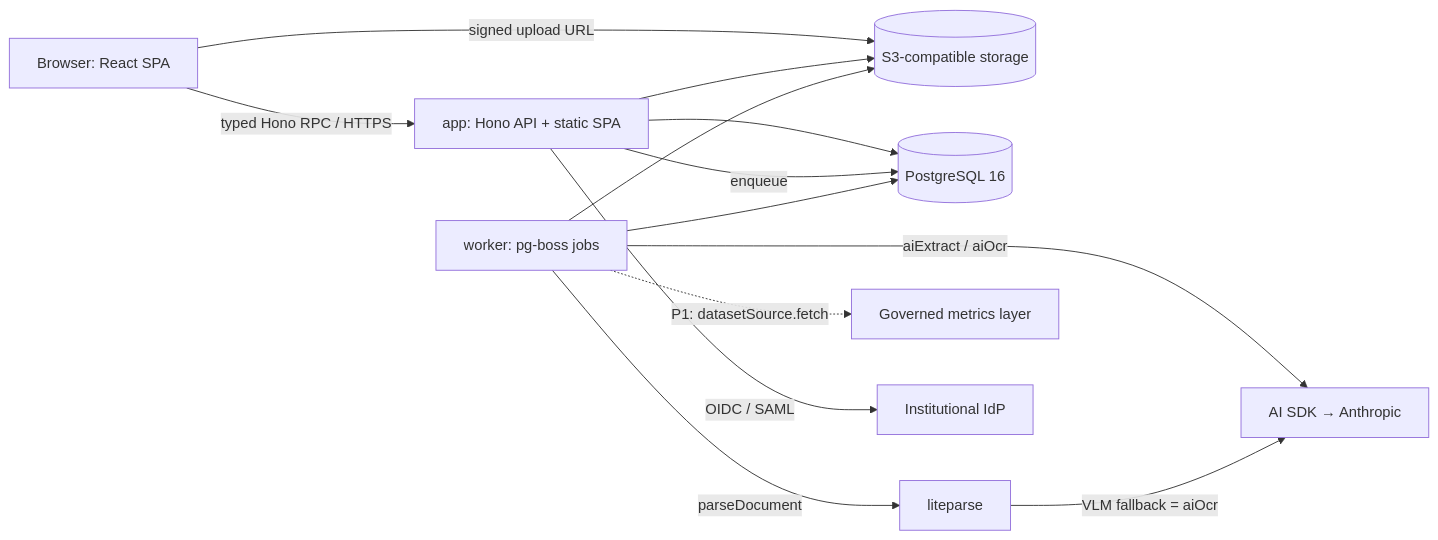
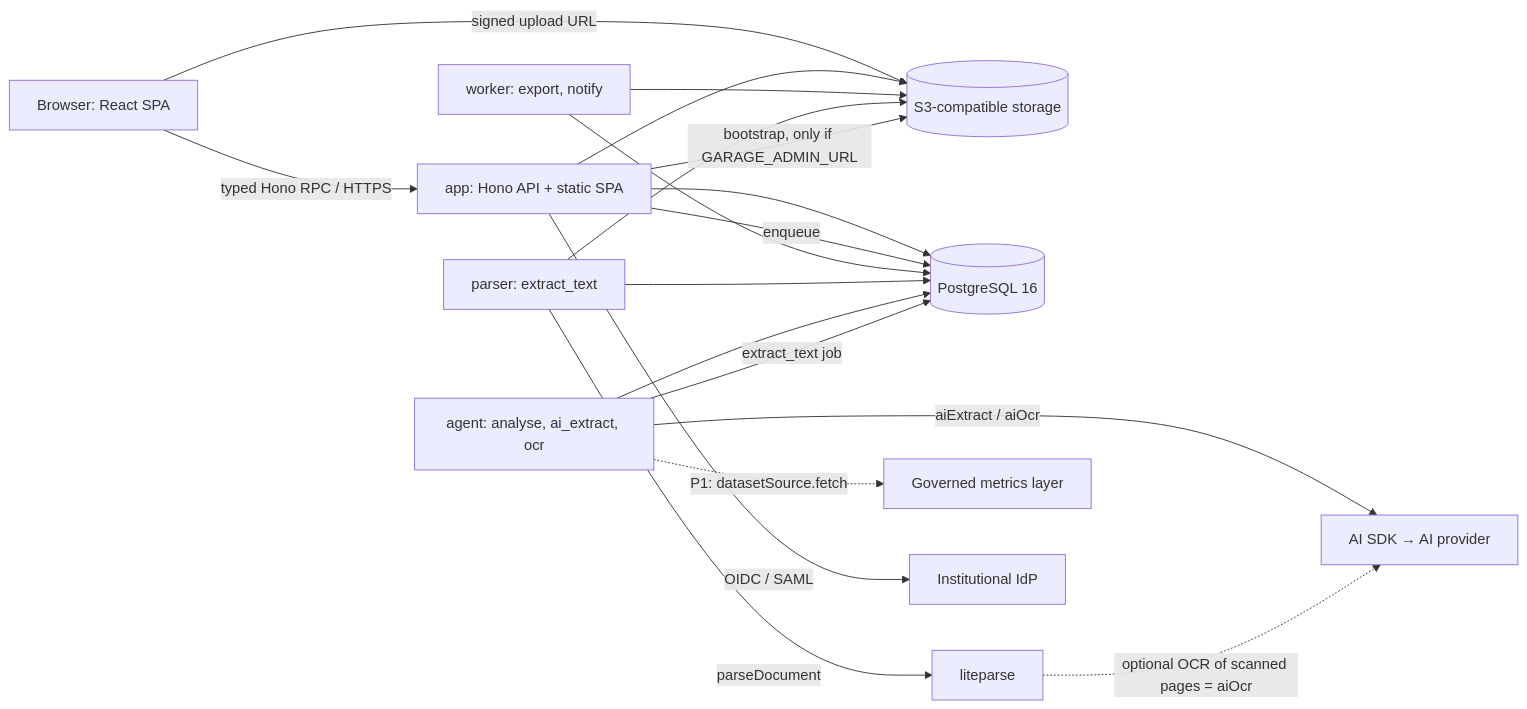
The diagram in ARCHITECTURE.md (drmoyassine/ams), drawn with Mermaid before and after one commit. The commit also changed other lines of this file and 30 other files, not shown here.

First line of the commit message:
Background work as three services (worker, parser, agent); app prepares Garage (TASK-049, DEC-024)

````diff
--- a/ARCHITECTURE.md
+++ b/ARCHITECTURE.md
@@ -17,15 +17,20 @@
 ```mermaid
 graph LR
     User[Browser: React SPA] -->|typed Hono RPC / HTTPS| API[app: Hono API + static SPA]
     User -->|signed upload URL| S3[(S3-compatible storage)]
     API --> PG[(PostgreSQL 16)]
     API --> S3
     API -->|enqueue| PG
-    Worker[worker: pg-boss jobs] --> PG
+    Worker[worker: export, notify] --> PG
     Worker --> S3
-    Worker -->|parseDocument| LP[liteparse]
-    Worker -->|aiExtract / aiOcr| AI[AI SDK → Anthropic]
-    LP -->|VLM fallback = aiOcr| AI
-    Worker -.->|P1: datasetSource.fetch| Cube[Governed metrics layer]
+    Parser[parser: extract_text] --> PG
+    Parser --> S3
+    Parser -->|parseDocument| LP[liteparse]
+    Agent[agent: analyse, ai_extract, ocr] --> PG
+    Agent -->|extract_text job| PG
+    Agent -->|aiExtract / aiOcr| AI[AI SDK → AI provider]
+    LP -.->|optional OCR of scanned pages = aiOcr| AI
+    Agent -.->|P1: datasetSource.fetch| Cube[Governed metrics layer]
+    API -->|bootstrap, only if GARAGE_ADMIN_URL| S3
     API -->|OIDC / SAML| IdP[Institutional IdP]
 ```
````
